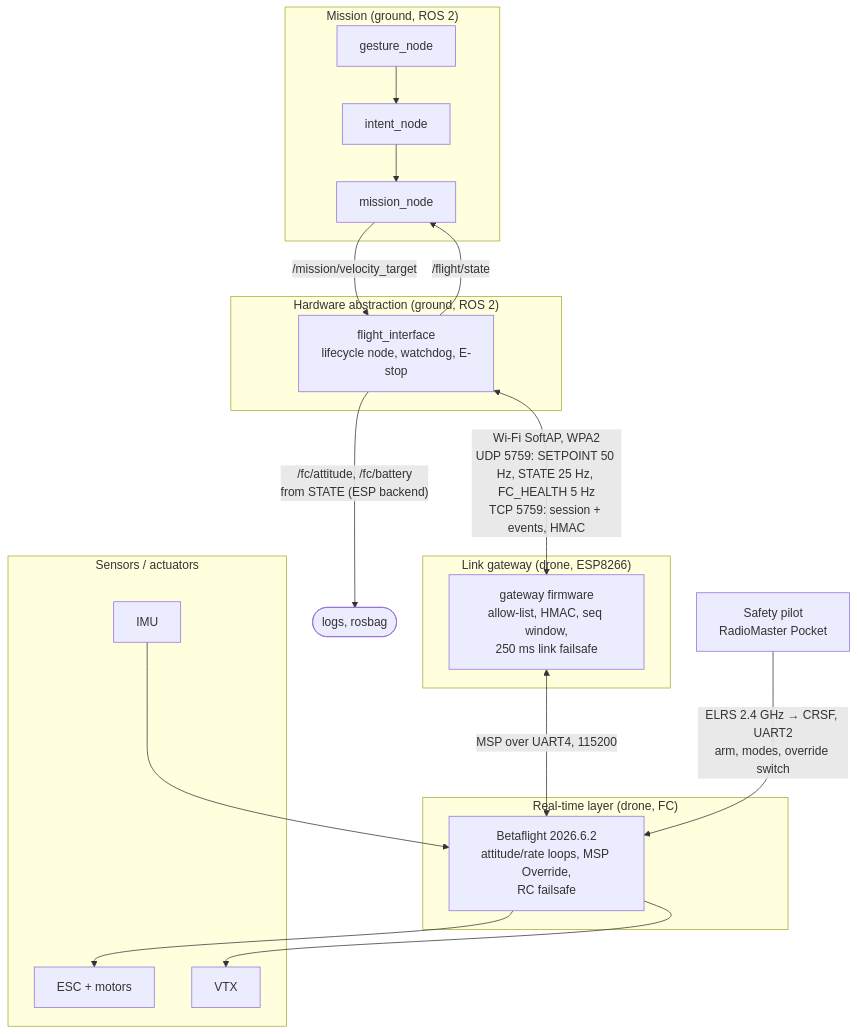
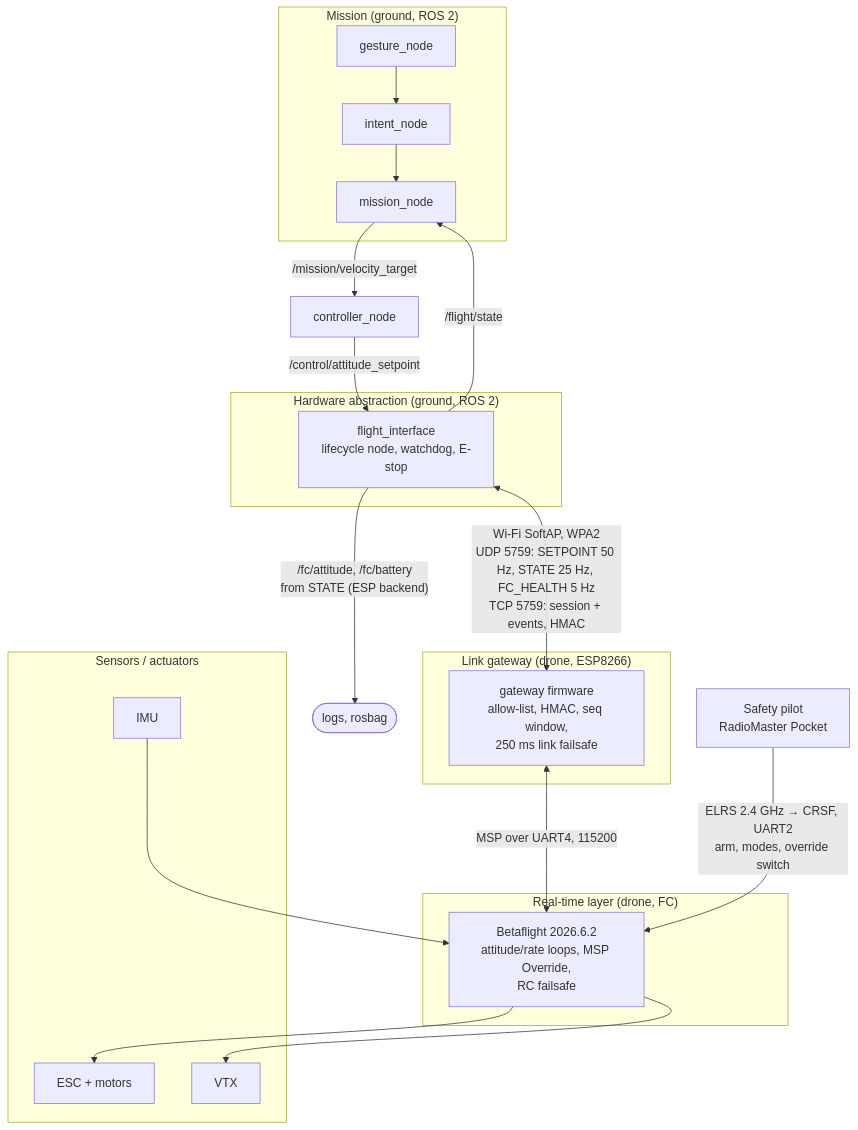
The first of 2 diagrams in docs/PraticalPlan/03 Architecture/Architecture Document.md (SEAME-pt/SEA-ME_Team1_ROSRangers), drawn with Mermaid before and after one commit. The commit also changed other lines of this file and 105 other files, not shown here.

````diff
--- a/docs/PraticalPlan/03 Architecture/Architecture Document.md
+++ b/docs/PraticalPlan/03 Architecture/Architecture Document.md
@@ -26,26 +26,27 @@
 ```mermaid
 flowchart TB
   subgraph L1["Mission (ground, ROS 2)"]
     GEST[gesture_node] --> INT[intent_node] --> MIS[mission_node]
   end
   subgraph L2["Hardware abstraction (ground, ROS 2)"]
     FI["flight_interface<br/>lifecycle node, watchdog, E-stop"]
   end
   subgraph L3["Link gateway (drone, ESP8266)"]
     ESP["gateway firmware<br/>allow-list, HMAC, seq window,<br/>250 ms link failsafe"]
   end
   subgraph L4["Real-time layer (drone, FC)"]
     FC["Betaflight 2026.6.2<br/>attitude/rate loops, MSP Override,<br/>RC failsafe"]
   end
   subgraph L5["Sensors / actuators"]
     IMU[IMU] --> FC
     FC --> ESC[ESC + motors]
     FC --> VTX[VTX]
   end
-  MIS -->|"/mission/velocity_target"| FI
+  MIS -->|"/mission/velocity_target"| CTL[controller_node]
+  CTL -->|"/control/attitude_setpoint"| FI
   FI -->|"/flight/state"| MIS
   FI -->|"/fc/attitude, /fc/battery<br/>from STATE (ESP backend)"| OUT([logs, rosbag])
   FI <-->|"Wi-Fi SoftAP, WPA2<br/>UDP 5759: SETPOINT 50 Hz, STATE 25 Hz, FC_HEALTH 5 Hz<br/>TCP 5759: session + events, HMAC"| ESP
   ESP <-->|"MSP over UART4, 115200"| FC
   PILOT["Safety pilot<br/>RadioMaster Pocket"] -->|"ELRS 2.4 GHz → CRSF, UART2<br/>arm, modes, override switch"| FC
 ```
````
